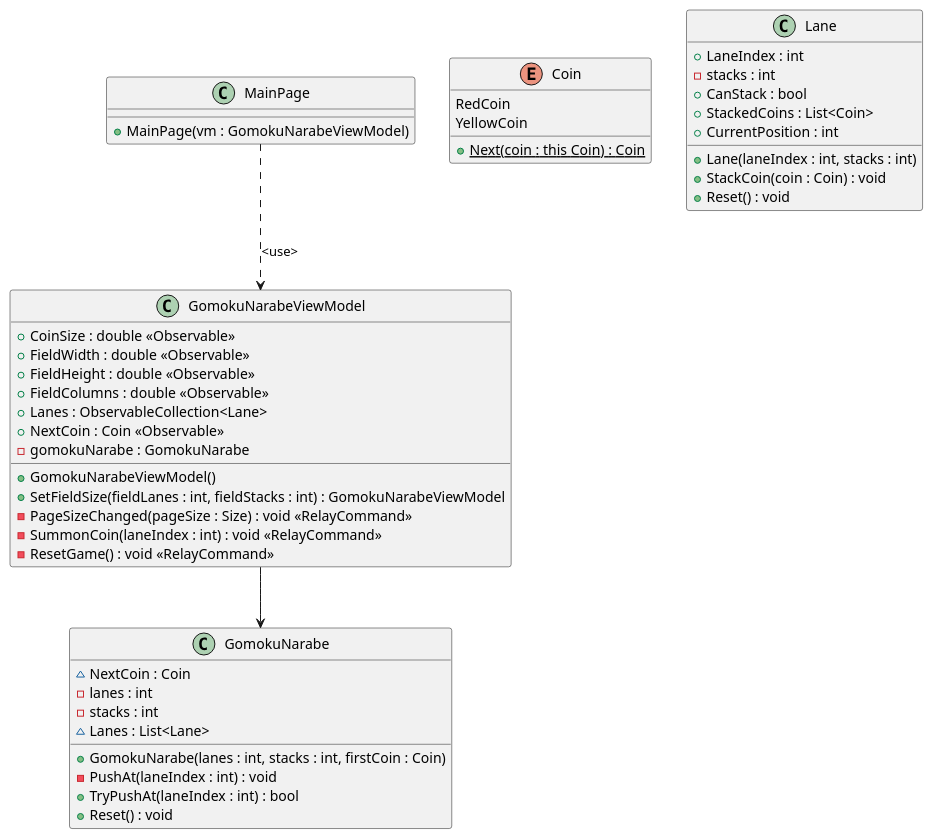
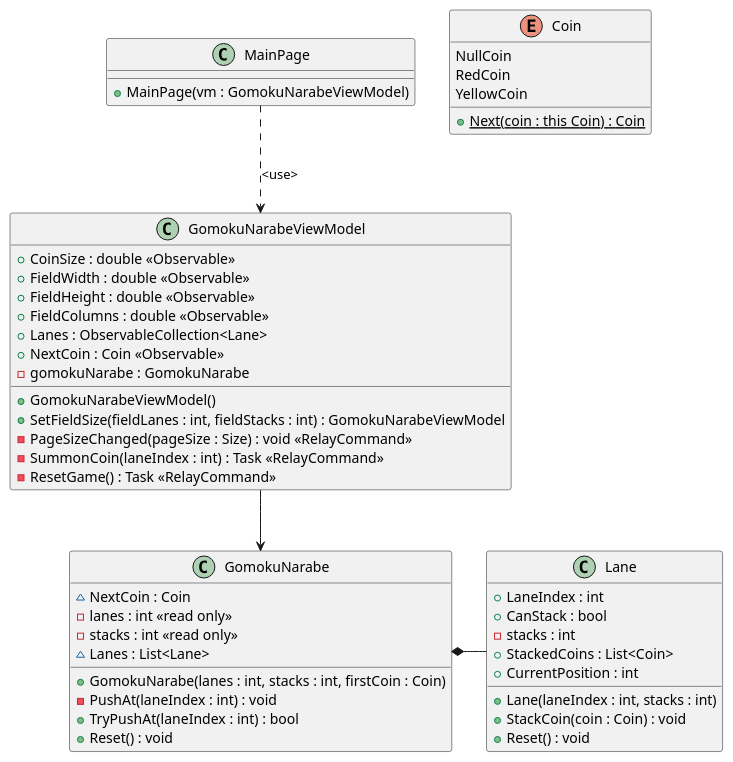
The first of 3 diagrams in uml/GomokuNarabe.puml (tatsuya19871219/MauiGomokuNarabeGame), drawn with PlantUML before and after one commit. The commit also changed other lines of this file, not shown here.

```diff
--- a/uml/GomokuNarabe.puml
+++ b/uml/GomokuNarabe.puml
@@ -1,58 +1,63 @@
 @startuml GomokuNarabe
 class MainPage
 {
     + MainPage(vm : GomokuNarabeViewModel)
 }
 
 class GomokuNarabeViewModel
 {
     + CoinSize : double <<Observable>>
     + FieldWidth : double <<Observable>>
     + FieldHeight : double <<Observable>>
     + FieldColumns : double <<Observable>>
     + Lanes : ObservableCollection<Lane> 
     + NextCoin : Coin <<Observable>>
+    ' - fieldLanes : int
+    ' - fieldStacks : int
     - gomokuNarabe : GomokuNarabe 
     + GomokuNarabeViewModel()
     + SetFieldSize(fieldLanes : int, fieldStacks : int) : GomokuNarabeViewModel
     - PageSizeChanged(pageSize : Size) : void <<RelayCommand>>
-    - SummonCoin(laneIndex : int) : void <<RelayCommand>>
-    - ResetGame() : void <<RelayCommand>>
+    - SummonCoin(laneIndex : int) : Task <<RelayCommand>>
+    - ResetGame() : Task <<RelayCommand>>
 }
 
 class GomokuNarabe
 {
     ~ NextCoin : Coin
-    - lanes : int
-    - stacks : int
+    - lanes : int <<read only>>
+    - stacks : int <<read only>>
     ~ Lanes : List<Lane>
     + GomokuNarabe(lanes : int, stacks : int, firstCoin : Coin)
     - PushAt(laneIndex : int) : void
     + TryPushAt(laneIndex : int) : bool
     + Reset() : void
 }
 
 enum Coin
 {
+    NullCoin
     RedCoin
     YellowCoin
     {static} + Next(coin : this Coin) : Coin
 }
 
 class Lane
 {
     + LaneIndex : int
+    + CanStack : bool
     - stacks : int
-    + CanStack : bool
     + StackedCoins : List<Coin>
     + CurrentPosition : int
     + Lane(laneIndex : int, stacks : int)
     + StackCoin(coin : Coin) : void
     + Reset() : void
 }
 
 ' 
 MainPage ..> GomokuNarabeViewModel : <use>
 GomokuNarabeViewModel --> GomokuNarabe
 
+GomokuNarabe *- Lane
+
 @enduml
```
